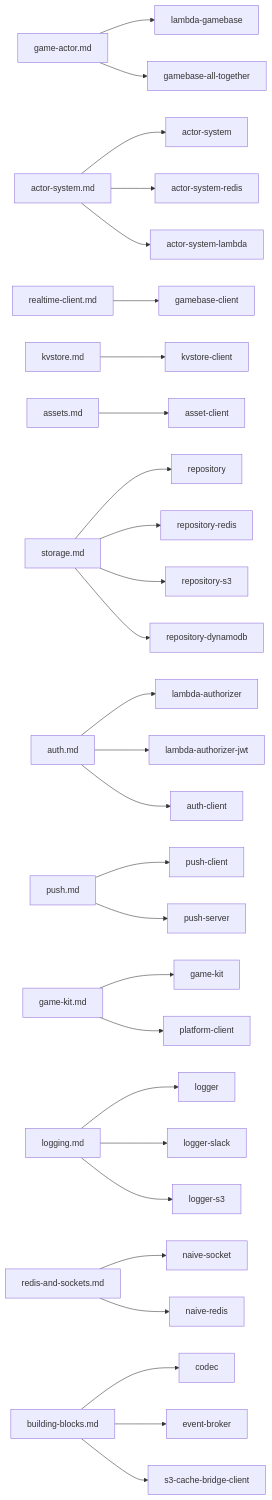
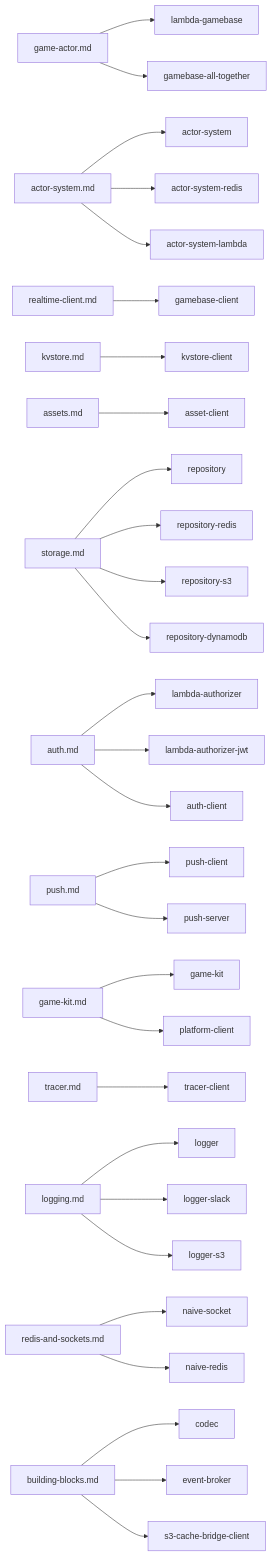
One commit to yingyeothon/tslib changed the diagram in docs/README.md. Above: the diagram before and after it, drawn with Mermaid. The commit also changed other lines of this file and 30 other files, not shown here.

First line of the commit message:
Add @yingyeothon/tracer-client for the yyt tracer debug collector

````diff
--- a/docs/README.md
+++ b/docs/README.md
@@ -38,30 +39,31 @@
 ```mermaid
 flowchart LR
   GA["game-actor.md"] --> lambda-gamebase
   GA --> gamebase-all-together
   AS["actor-system.md"] --> actor-system
   AS --> actor-system-redis
   AS --> actor-system-lambda
   RC["realtime-client.md"] --> gamebase-client
   KV["kvstore.md"] --> kvstore-client
   AB["assets.md"] --> asset-client
   ST["storage.md"] --> repository
   ST --> repository-redis
   ST --> repository-s3
   ST --> repository-dynamodb
   AU["auth.md"] --> lambda-authorizer
   AU --> lambda-authorizer-jwt
   AU --> auth-client
   PU["push.md"] --> push-client
   PU --> push-server
   GK["game-kit.md"] --> game-kit
   GK --> platform-client
+  TR["tracer.md"] --> tracer-client
   LG["logging.md"] --> logger
   LG --> logger-slack
   LG --> logger-s3
   RS["redis-and-sockets.md"] --> naive-socket
   RS --> naive-redis
   BB["building-blocks.md"] --> codec
   BB --> event-broker
   BB --> s3-cache-bridge-client
 ```
````
